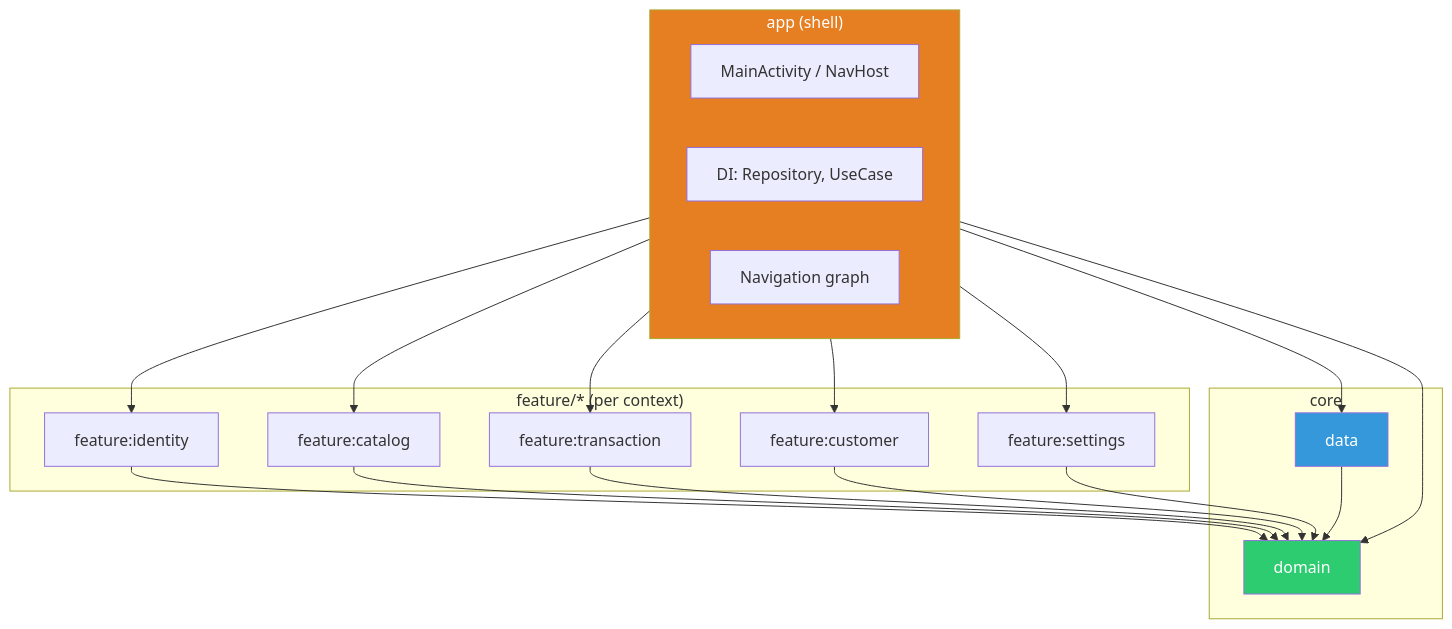
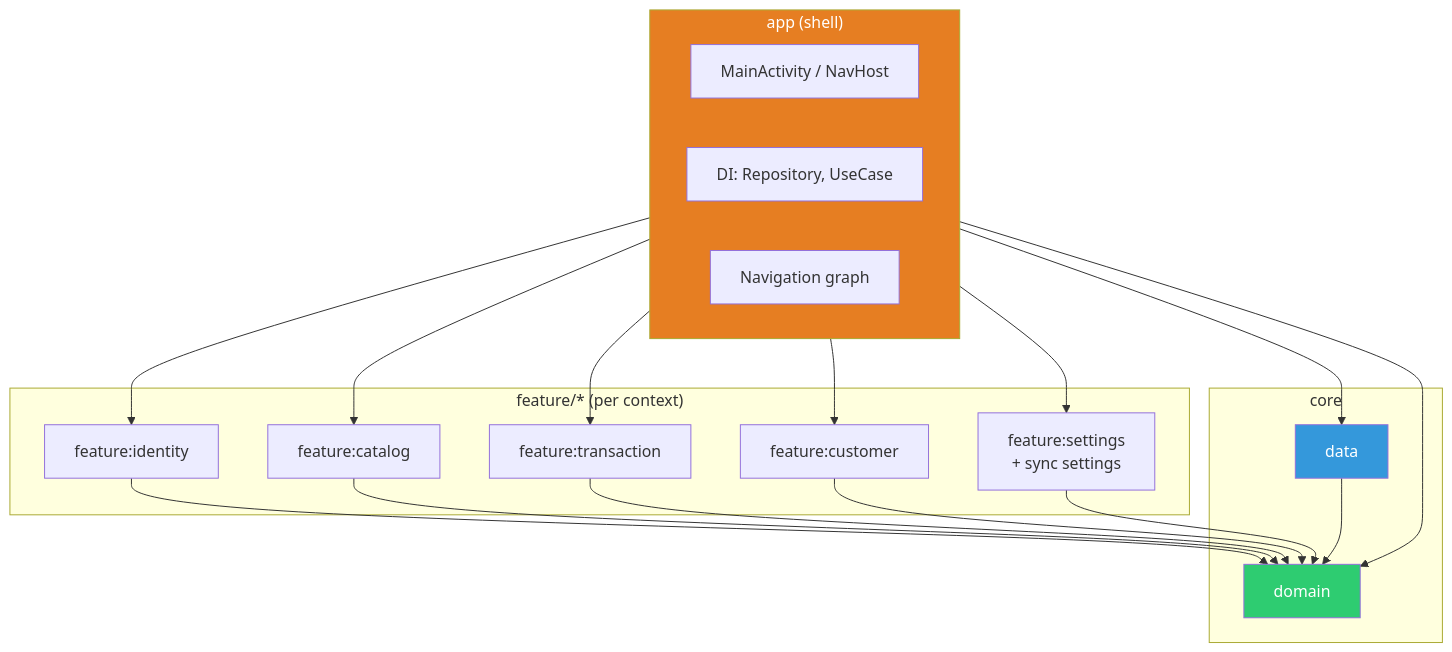
Before and after one commit to vatoer/id.stargan.intikasirfnb: the diagram in docs/diagrams/android-03-presentation-per-context.mmd, drawn with Mermaid. The commit also changed 199 other files, not shown here.

```diff
--- a/docs/diagrams/android-03-presentation-per-context.mmd
+++ b/docs/diagrams/android-03-presentation-per-context.mmd
@@ -1,43 +1,43 @@
 %% Presentation layer split per context (feature modules)
 %% Domain & Data stay single module; only presentation is split
 
 flowchart TB
     subgraph App["app (shell)"]
         Main[MainActivity / NavHost]
         DI[DI: Repository, UseCase]
         Nav[Navigation graph]
     end
 
     subgraph Features["feature/* (per context)"]
         F_ID[feature:identity]
         F_CAT[feature:catalog]
         F_TX[feature:transaction]
         F_CUST[feature:customer]
-        F_SET[feature:settings]
+        F_SET[feature:settings<br/>+ sync settings]
     end
 
     subgraph Core["core"]
         DOM[domain]
         DATA[data]
     end
 
     App --> F_ID
     App --> F_CAT
     App --> F_TX
     App --> F_CUST
     App --> F_SET
 
     App --> DOM
     App --> DATA
 
     F_ID --> DOM
     F_CAT --> DOM
     F_TX --> DOM
     F_CUST --> DOM
     F_SET --> DOM
 
     DATA --> DOM
 
     style DOM fill:#2ecc71,color:#fff
     style DATA fill:#3498db,color:#fff
     style App fill:#e67e22,color:#fff
```
